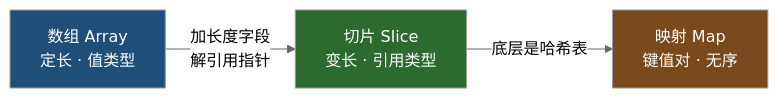
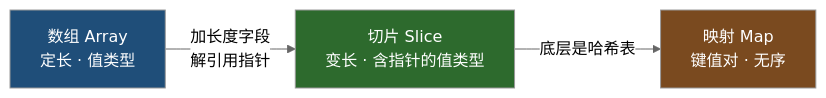
The diagram in 00-基础语法/教学文稿/03-数组、切片与 Map.md (fairyspace/Go), drawn with Mermaid (neutral theme) before and after one commit. The commit also changed other lines of this file and 12 other files, not shown here.

````diff
--- a/00-基础语法/教学文稿/03-数组、切片与 Map.md
+++ b/00-基础语法/教学文稿/03-数组、切片与 Map.md
@@ -9,9 +9,9 @@
 ```mermaid
 graph LR
-    A["数组 Array<br/>定长 · 值类型"] -->|"加长度字段<br/>解引用指针"| B["切片 Slice<br/>变长 · 引用类型"]
+    A["数组 Array<br/>定长 · 值类型"] -->|"加长度字段<br/>解引用指针"| B["切片 Slice<br/>变长 · 含指针的值类型"]
     B -->|"底层是哈希表"| C["映射 Map<br/>键值对 · 无序"]
 
     style A fill:#1f4e79,color:#ffffff
     style B fill:#2d6a2d,color:#ffffff
     style C fill:#7a4a1f,color:#ffffff
 ```
````
